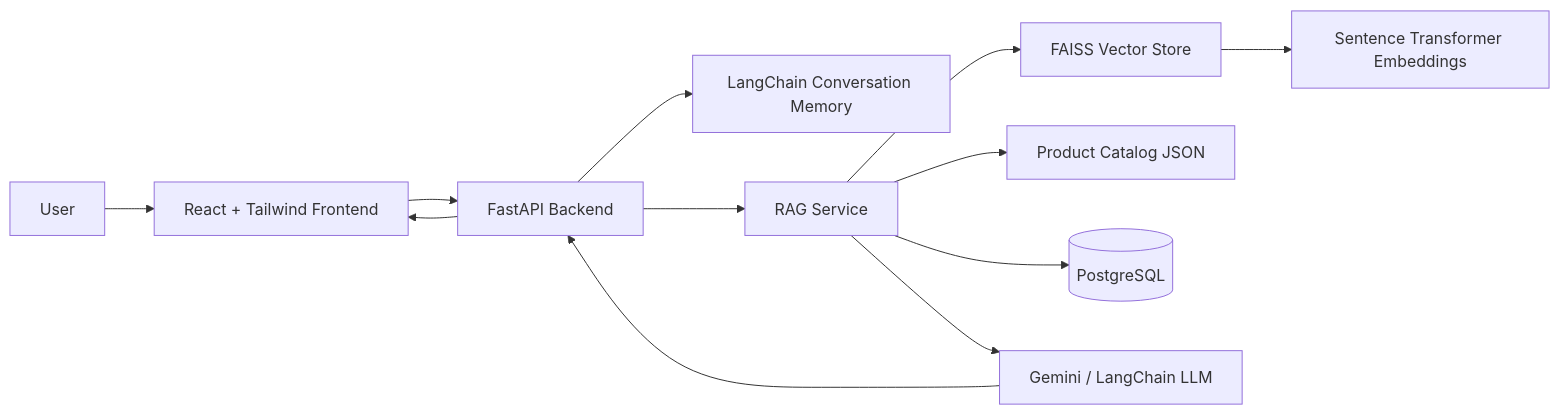
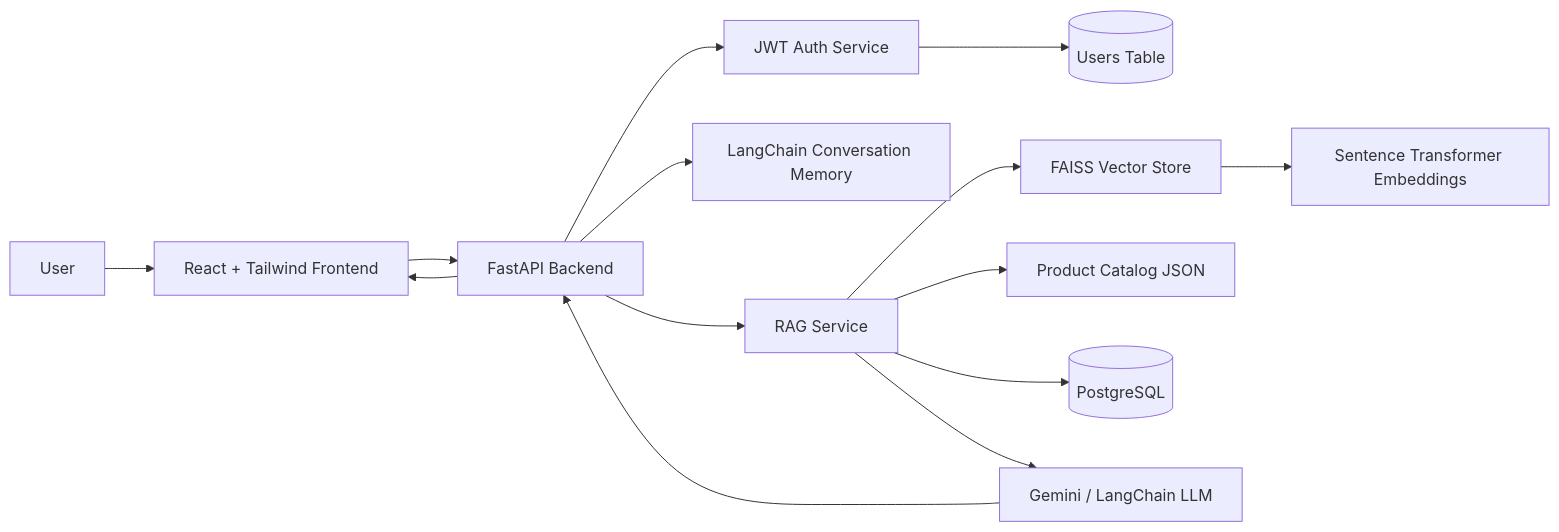
Before and after one commit to tejaburugu/AI-Shopping-Copilot: the first of 3 diagrams in README.md, drawn with Mermaid. The commit also changed other lines of this file and 15 other files, not shown here.

````diff
--- a/README.md
+++ b/README.md
@@ -34,14 +35,16 @@
 ```mermaid
 flowchart LR
     User[User] --> UI[React + Tailwind Frontend]
     UI --> API[FastAPI Backend]
+    API --> Auth[JWT Auth Service]
+    Auth --> Users[(Users Table)]
     API --> Memory[LangChain Conversation Memory]
     API --> RAG[RAG Service]
     RAG --> Vector[FAISS Vector Store]
     RAG --> Catalog[Product Catalog JSON]
     RAG --> DB[(PostgreSQL)]
     RAG --> LLM[Gemini / LangChain LLM]
     Vector --> Embeddings[Sentence Transformer Embeddings]
     LLM --> API
     API --> UI
 ```
````
